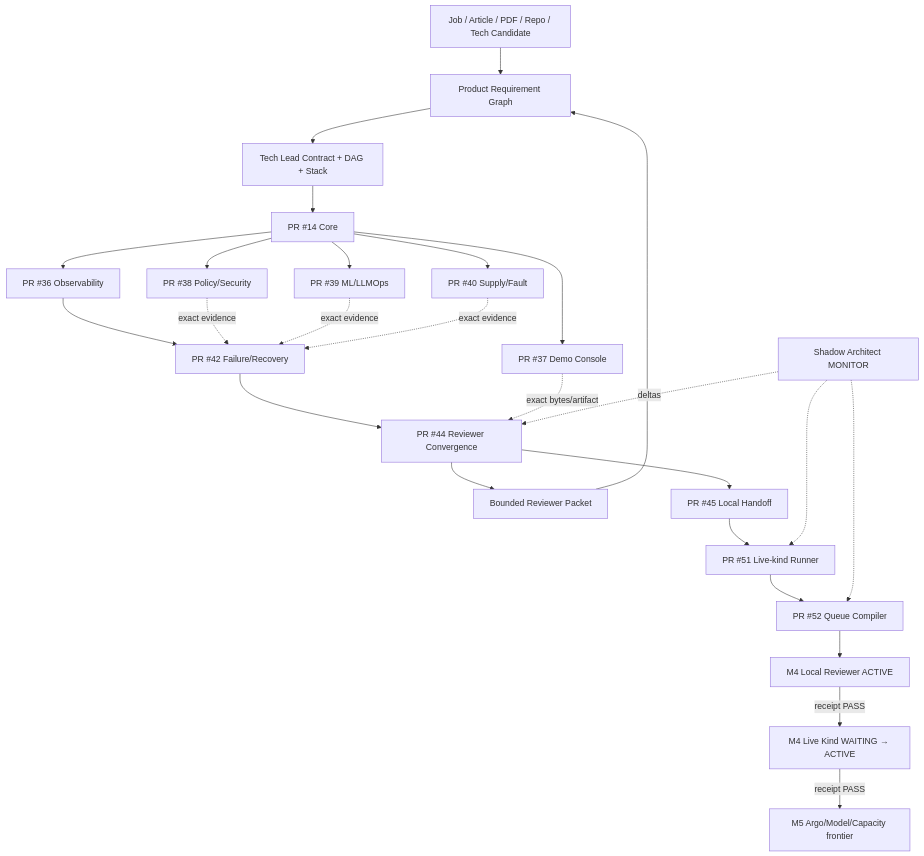
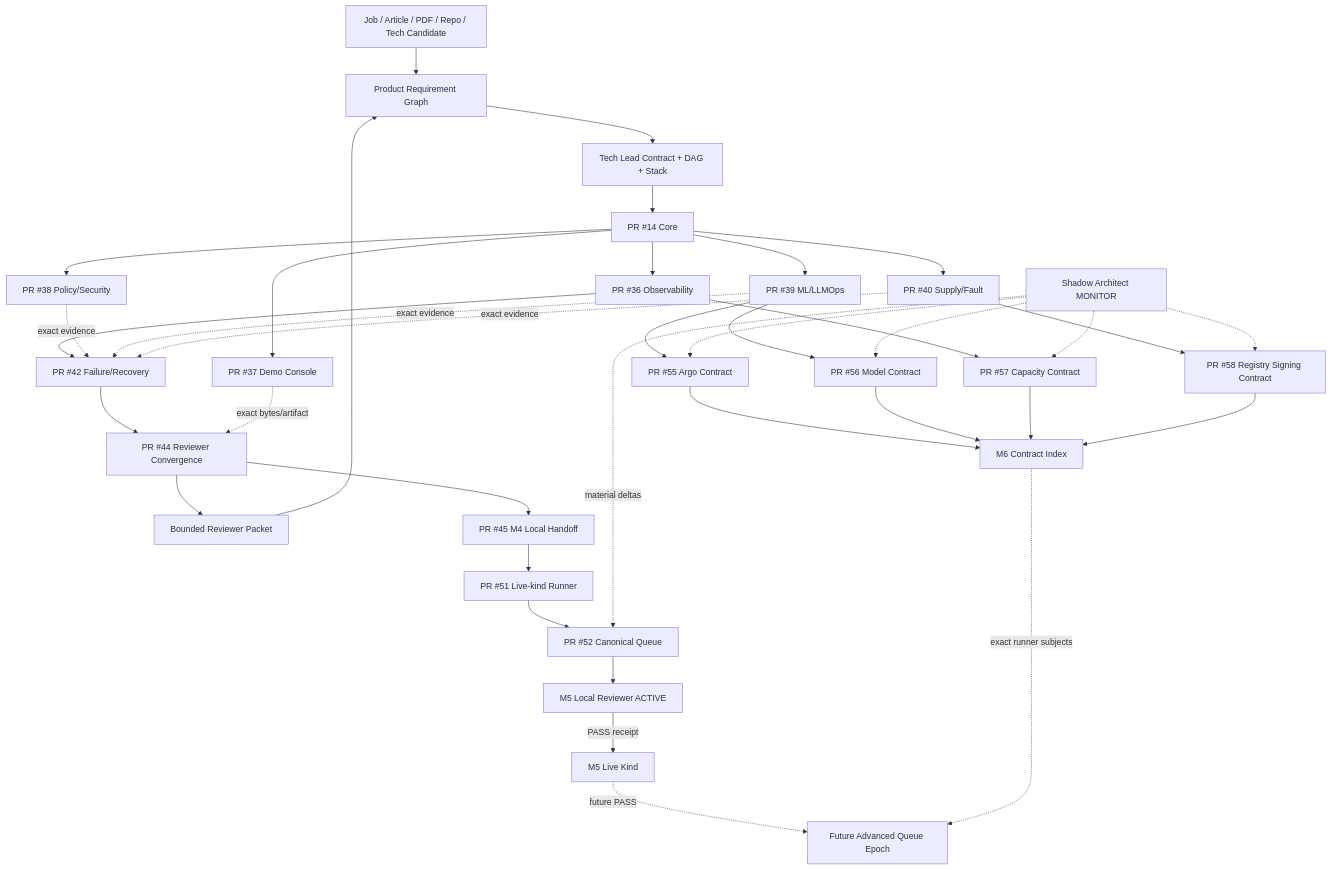
One commit to ed3c/DevOps-Manager-Notes changed the diagram in README.md. Above: the diagram before and after it, drawn with Mermaid. The commit also changed other lines of this file, not shown here.

Commit message:
docs: route M6 runner contract milestone

````diff
--- a/README.md
+++ b/README.md
@@ -234,28 +253,43 @@
 ```mermaid
 flowchart TD
     S[Job / Article / PDF / Repo / Tech Candidate] --> P[Product Requirement Graph]
     P --> TL[Tech Lead Contract + DAG + Stack]
     TL --> K2[PR #14 Core]
     K2 --> O[PR #36 Observability]
     K2 --> SEC[PR #38 Policy/Security]
     K2 --> ML[PR #39 ML/LLMOps]
     K2 --> UI[PR #37 Demo Console]
     K2 --> SUP[PR #40 Supply/Fault]
+
     O --> X5[PR #42 Failure/Recovery]
     SEC -. exact evidence .-> X5
     ML -. exact evidence .-> X5
     SUP -. exact evidence .-> X5
     X5 --> X9[PR #44 Reviewer Convergence]
     UI -. exact bytes/artifact .-> X9
     X9 --> RP[Bounded Reviewer Packet]
     RP --> P
-    X9 --> D9[PR #45 Local Handoff]
+
+    X9 --> D9[PR #45 M4 Local Handoff]
     D9 --> K5[PR #51 Live-kind Runner]
-    K5 --> D5[PR #52 Queue Compiler]
-    D5 --> LR[M4 Local Reviewer ACTIVE]
-    LR -->|receipt PASS| LK[M4 Live Kind WAITING → ACTIVE]
-    LK -->|receipt PASS| ADV[M5 Argo/Model/Capacity frontier]
-    SH[Shadow Architect MONITOR] -. deltas .-> X9
-    SH -.-> K5
-    SH -.-> D5
+    K5 --> D5[PR #52 Canonical Queue]
+    D5 --> LR[M5 Local Reviewer ACTIVE]
+    LR -->|PASS receipt| LK[M5 Live Kind]
+
+    ML --> A55[PR #55 Argo Contract]
+    ML --> A56[PR #56 Model Contract]
+    O --> E57[PR #57 Capacity Contract]
+    SUP --> E58[PR #58 Registry Signing Contract]
+    A55 --> M6[M6 Contract Index]
+    A56 --> M6
+    E57 --> M6
+    E58 --> M6
+    LK -. future PASS .-> AQ[Future Advanced Queue Epoch]
+    M6 -. exact runner subjects .-> AQ
+
+    SH[Shadow Architect MONITOR] -. material deltas .-> D5
+    SH -.-> A55
+    SH -.-> A56
+    SH -.-> E57
+    SH -.-> E58
 ```
````
